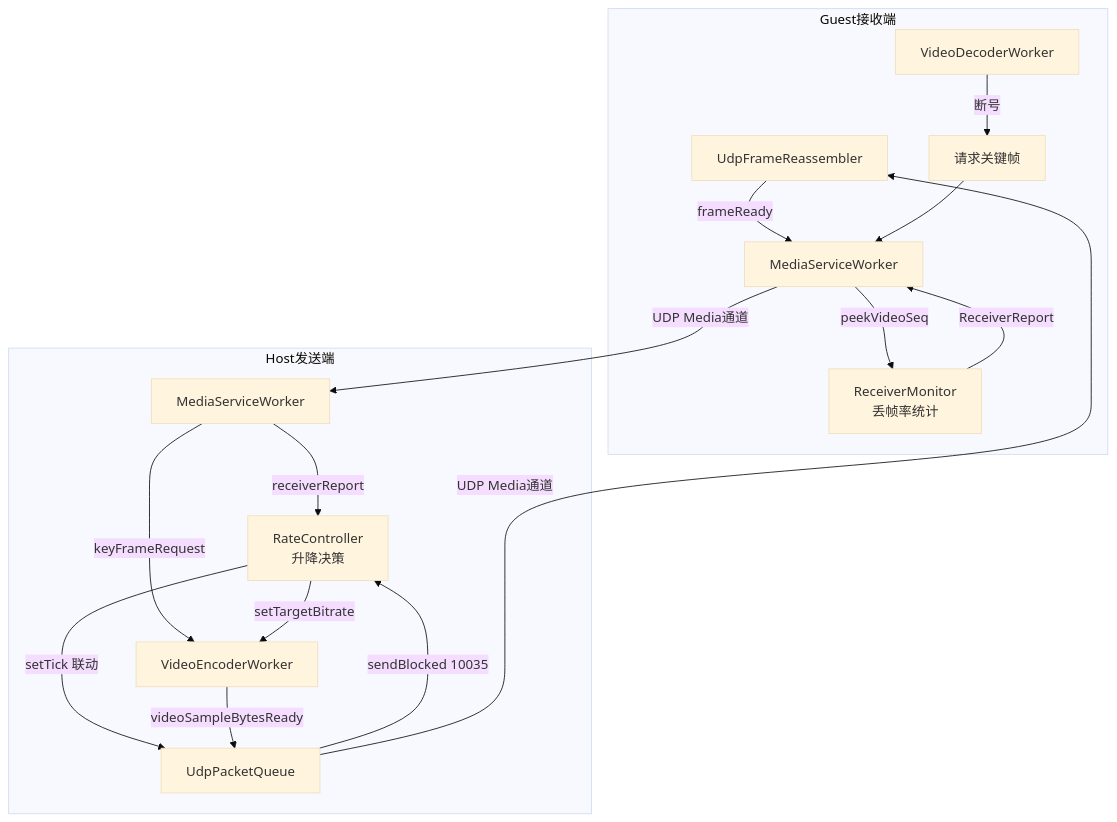
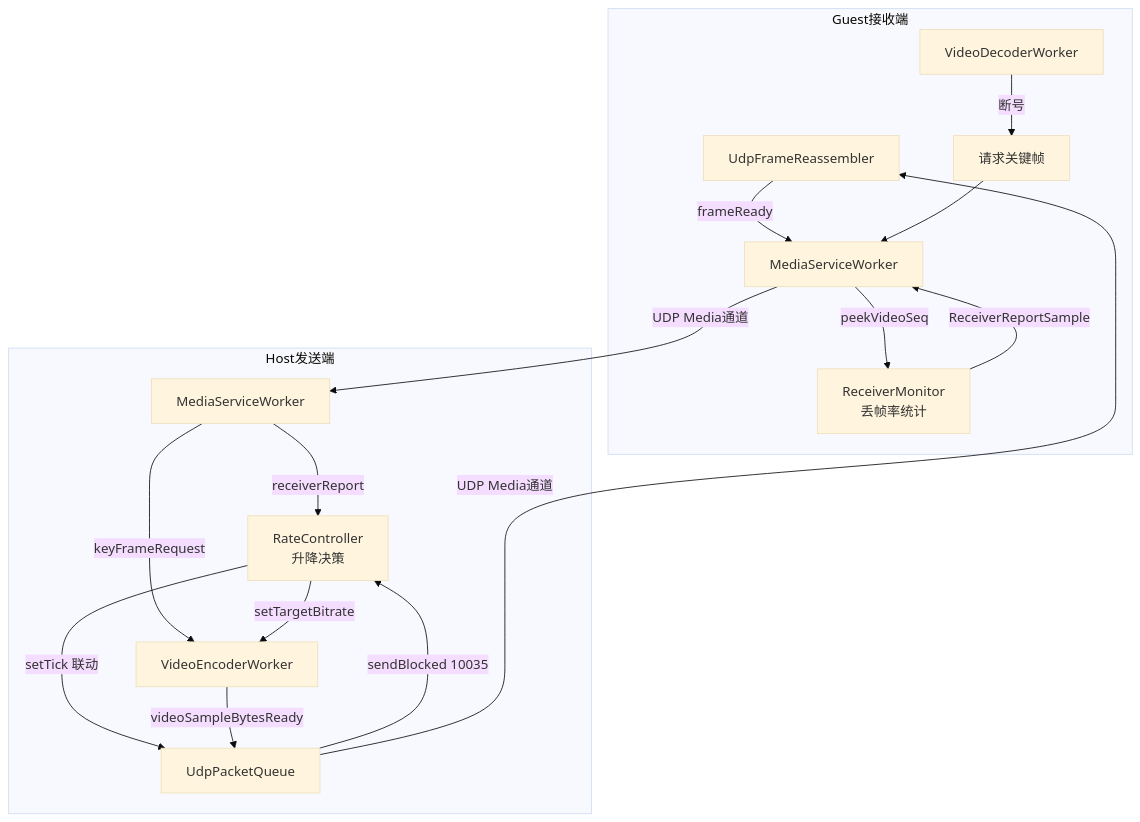
The third of 3 diagrams in doc/参数.md (lmcr-ovo/P2pPlay), drawn with Mermaid (base theme) before and after one commit. The commit also changed other lines of this file and 25 other files, not shown here.

````diff
--- a/doc/参数.md
+++ b/doc/参数.md
@@ -279,20 +279,20 @@
 ```mermaid
 graph TD
     subgraph Guest接收端
         RA[UdpFrameReassembler] -->|frameReady| MS1[MediaServiceWorker]
         MS1 -->|peekVideoSeq| RM[ReceiverMonitor<br/>丢帧率统计]
         DEC[VideoDecoderWorker] -->|断号| KFR[请求关键帧]
         KFR --> MS1
-        RM -->|ReceiverReport| MS1
+        RM -->|ReceiverReportSample| MS1
     end
     subgraph Host发送端
         MS2[MediaServiceWorker] -->|receiverReport| RC[RateController<br/>升降决策]
         MS2 -->|keyFrameRequest| ENC[VideoEncoderWorker]
         Q[UdpPacketQueue] -->|sendBlocked 10035| RC
         RC -->|setTargetBitrate| ENC
         RC -->|setTick 联动| Q
         ENC -->|videoSampleBytesReady| Q
     end
     MS1 -->|UDP Media通道| MS2
     Q -->|UDP Media通道| RA
 ```
````
